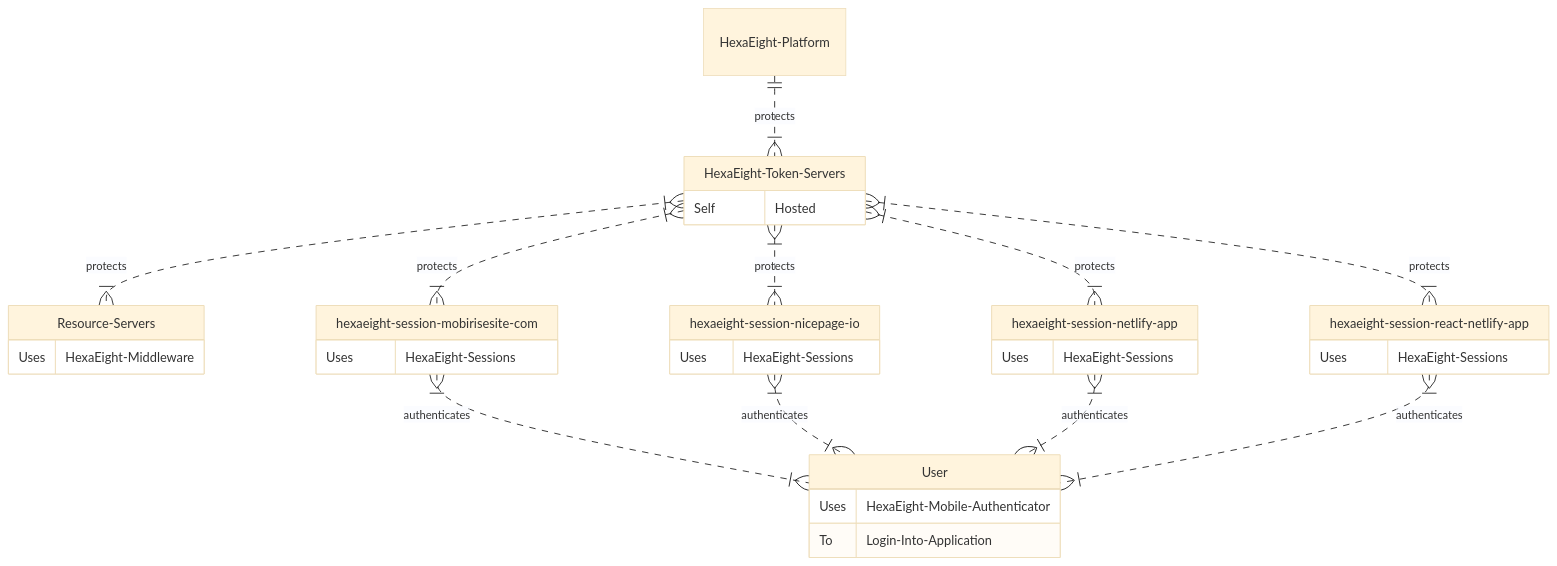
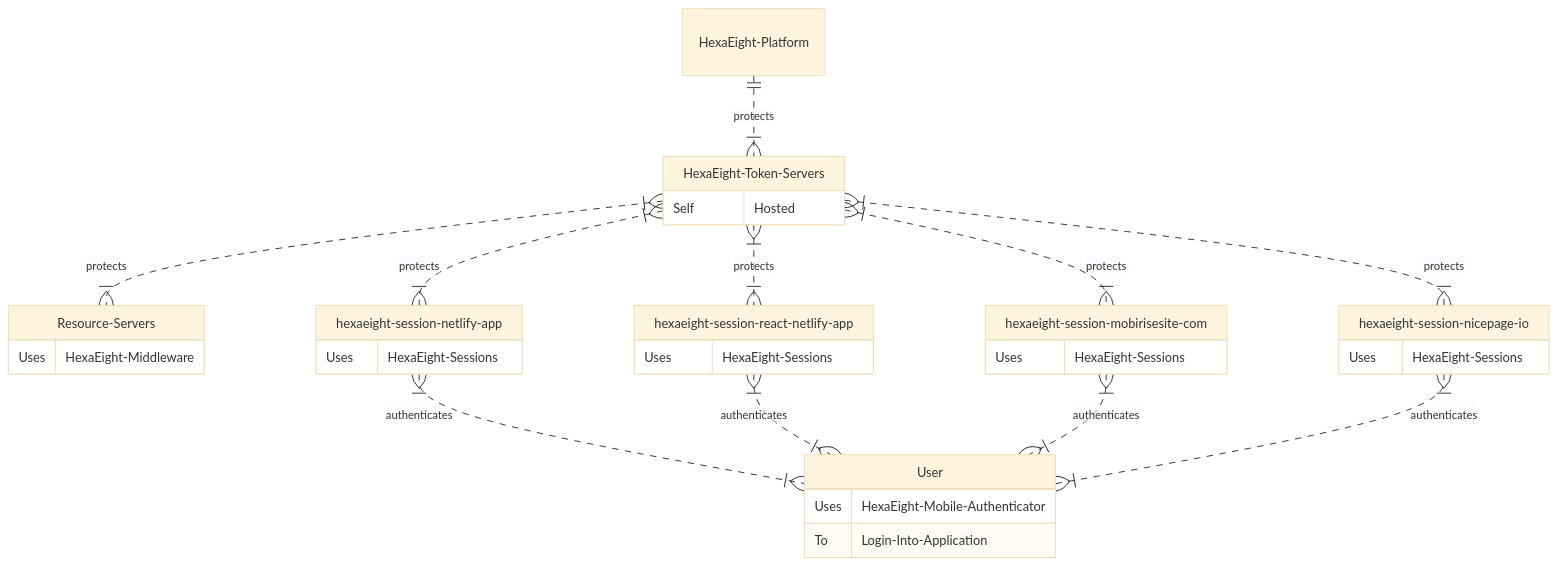
One commit to HexaEightTeam/session-js-spa-https changed the second of 2 diagrams in README.md. Above: the diagram before and after it, drawn with Mermaid (base theme). The commit also changed other lines of this file, not shown here.

````diff
--- a/README.md
+++ b/README.md
@@ -99,36 +99,36 @@
 ```mermaid
 erDiagram
 	HexaEight-Platform ||..|{ HexaEight-Token-Servers : protects
 	HexaEight-Token-Servers }|..|{ Resource-Servers : protects
         Resource-Servers {
         Uses HexaEight-Middleware
 	}
 	HexaEight-Token-Servers {
 	Self Hosted
 	}
 	HexaEight-Token-Servers }|..|{ hexaeight-session-netlify-app : protects
         hexaeight-session-netlify-app{
 	Uses HexaEight-Sessions
 	}
 	HexaEight-Token-Servers }|..|{ hexaeight-session-react-netlify-app : protects
         hexaeight-session-react-netlify-app{
 	Uses HexaEight-Sessions
 	}
 	HexaEight-Token-Servers }|..|{ hexaeight-session-mobirisesite-com : protects
         hexaeight-session-mobirisesite-com{
 	Uses HexaEight-Sessions
 	}
 	HexaEight-Token-Servers }|..|{ hexaeight-session-nicepage-io : protects
         hexaeight-session-nicepage-io{
 	Uses HexaEight-Sessions
 	}
+	hexaeight-session-netlify-app }|..|{ User : authenticates
+	hexaeight-session-react-netlify-app }|..|{ User : authenticates
 	hexaeight-session-mobirisesite-com }|..|{ User : authenticates
 	hexaeight-session-nicepage-io }|..|{ User : authenticates
-	hexaeight-session-netlify-app }|..|{ User : authenticates
-	hexaeight-session-react-netlify-app }|..|{ User : authenticates
 	User{
 	Uses HexaEight-Mobile-Authenticator
 	To   Login-Into-Application
 	}
 
 ```
````
